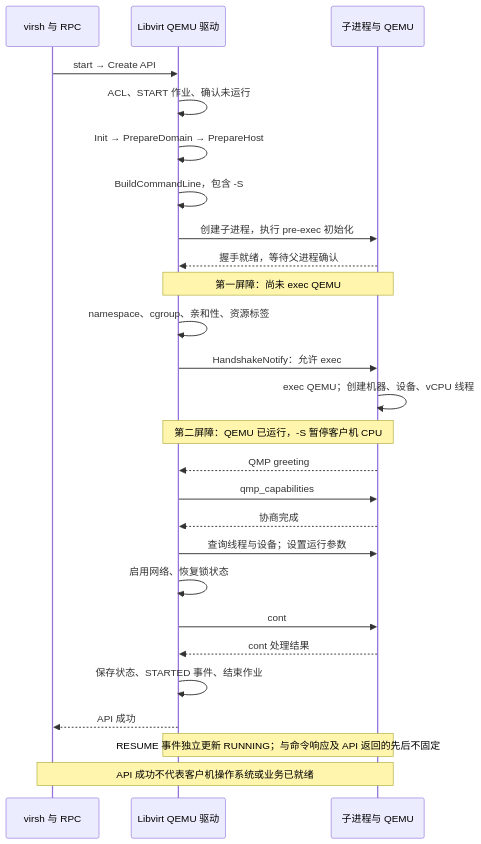
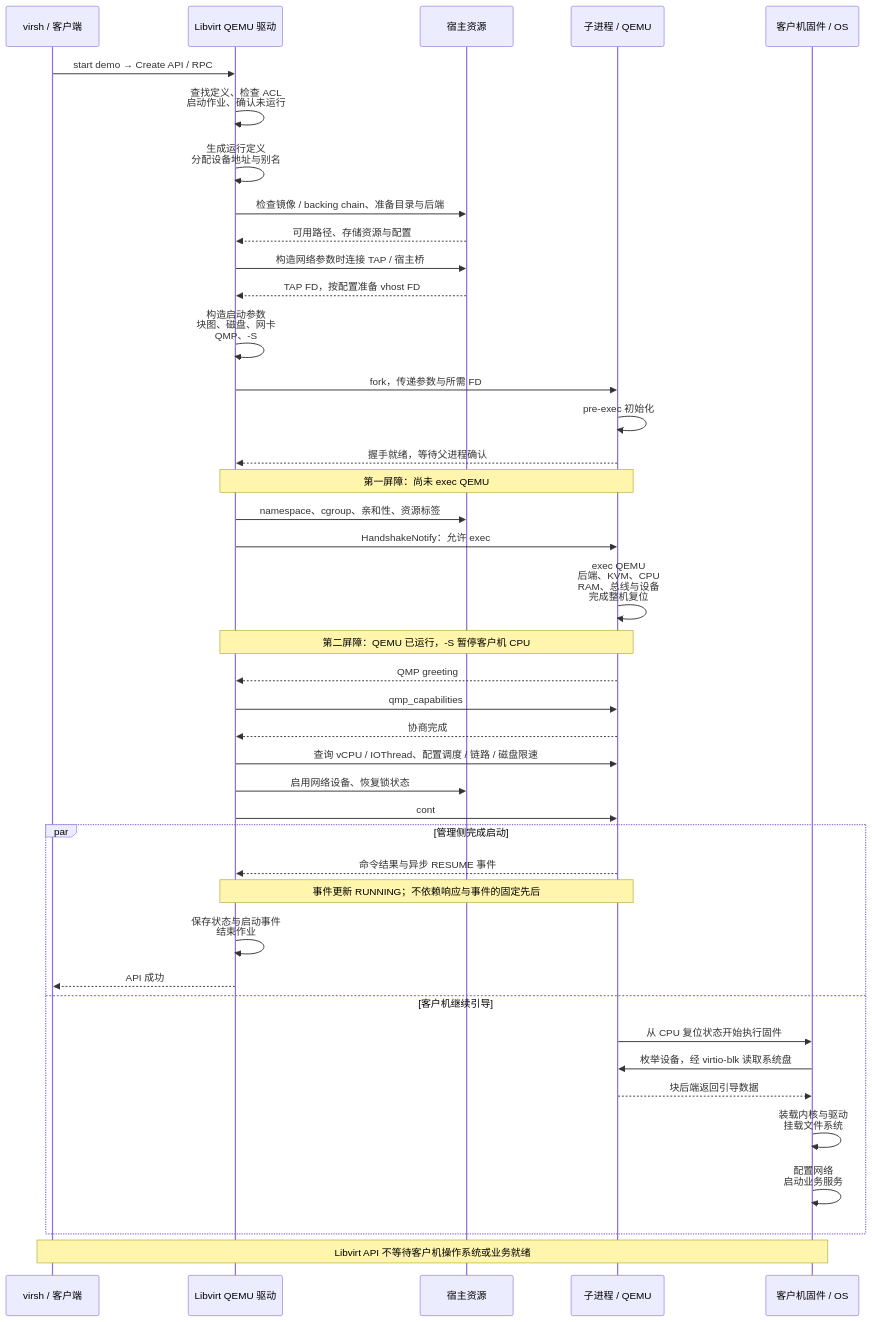
One commit to taifuer/virt_report changed the diagram in virt_report/content/diagrams/libvirt-domain-start.mmd. Above: the diagram before and after it, drawn with Mermaid. The commit also changed 148 other files, not shown here.

```diff
--- a/virt_report/content/diagrams/libvirt-domain-start.mmd
+++ b/virt_report/content/diagrams/libvirt-domain-start.mmd
@@ -1,28 +1,43 @@
 sequenceDiagram
-  accTitle: Libvirt 冷启动的进程交接
-  accDescr: Libvirt 准备定义和资源后创建子进程。子进程在 exec 前等待父进程配置隔离与权限；放行后 QEMU 初始化并通过 -S 保持客户机 CPU 暂停，完成 QMP 配置后 cont 才允许客户机执行。
-  participant A as virsh 与 RPC
+  accTitle: 从 virsh start 到客户机引导的完整时序
+  accDescr: virsh 经 RPC 请求 Libvirt 启动虚拟机。Libvirt 读取定义，准备存储与桥接网络，构造命令并创建子进程，在 exec 前完成宿主隔离。QEMU 创建机器、CPU、内存、磁盘和网卡，QMP 配置完成后 cont 允许客户机执行；API 返回与固件、操作系统、业务就绪分别进行。
+  participant A as virsh / 客户端
   participant L as Libvirt QEMU 驱动
-  participant P as 子进程与 QEMU
-  A->>L: start → Create API
-  L->>L: ACL、START 作业、确认未运行
-  L->>L: Init → PrepareDomain → PrepareHost
-  L->>L: BuildCommandLine，包含 -S
-  L->>P: 创建子进程，执行 pre-exec 初始化
+  participant H as 宿主资源
+  participant P as 子进程 / QEMU
+  participant G as 客户机固件 / OS
+  A->>L: start demo → Create API / RPC
+  L->>L: 查找定义、检查 ACL<br/>启动作业、确认未运行
+  L->>L: 生成运行定义<br/>分配设备地址与别名
+  L->>H: 检查镜像 / backing chain、准备目录与后端
+  H-->>L: 可用路径、存储资源与配置
+  L->>H: 构造网络参数时连接 TAP / 宿主桥
+  H-->>L: TAP FD，按配置准备 vhost FD
+  L->>L: 构造启动参数<br/>块图、磁盘、网卡<br/>QMP、-S
+  L->>P: fork，传递参数与所需 FD
+  P->>P: pre-exec 初始化
   P-->>L: 握手就绪，等待父进程确认
   Note over L,P: 第一屏障：尚未 exec QEMU
-  L->>L: namespace、cgroup、亲和性、资源标签
+  L->>H: namespace、cgroup、亲和性、资源标签
   L->>P: HandshakeNotify：允许 exec
-  P->>P: exec QEMU；创建机器、设备、vCPU 线程
+  P->>P: exec QEMU<br/>后端、KVM、CPU<br/>RAM、总线与设备<br/>完成整机复位
   Note over L,P: 第二屏障：QEMU 已运行，-S 暂停客户机 CPU
   P-->>L: QMP greeting
   L->>P: qmp_capabilities
   P-->>L: 协商完成
-  L->>P: 查询线程与设备；设置运行参数
-  L->>L: 启用网络、恢复锁状态
+  L->>P: 查询 vCPU / IOThread、配置调度 / 链路 / 磁盘限速
+  L->>H: 启用网络设备、恢复锁状态
   L->>P: cont
-  P-->>L: cont 处理结果
-  L->>L: 保存状态、STARTED 事件、结束作业
-  L-->>A: API 成功
-  Note over L,P: RESUME 事件独立更新 RUNNING；与命令响应及 API 返回的先后不固定
-  Note over A,P: API 成功不代表客户机操作系统或业务已就绪
+  par 管理侧完成启动
+    P-->>L: 命令结果与异步 RESUME 事件
+    Note over L,P: 事件更新 RUNNING；不依赖响应与事件的固定先后
+    L->>L: 保存状态与启动事件<br/>结束作业
+    L-->>A: API 成功
+  and 客户机继续引导
+    P->>G: 从 CPU 复位状态开始执行固件
+    G->>P: 枚举设备，经 virtio-blk 读取系统盘
+    P-->>G: 块后端返回引导数据
+    G->>G: 装载内核与驱动<br/>挂载文件系统
+    G->>G: 配置网络<br/>启动业务服务
+  end
+  Note over A,G: Libvirt API 不等待客户机操作系统或业务就绪
```
